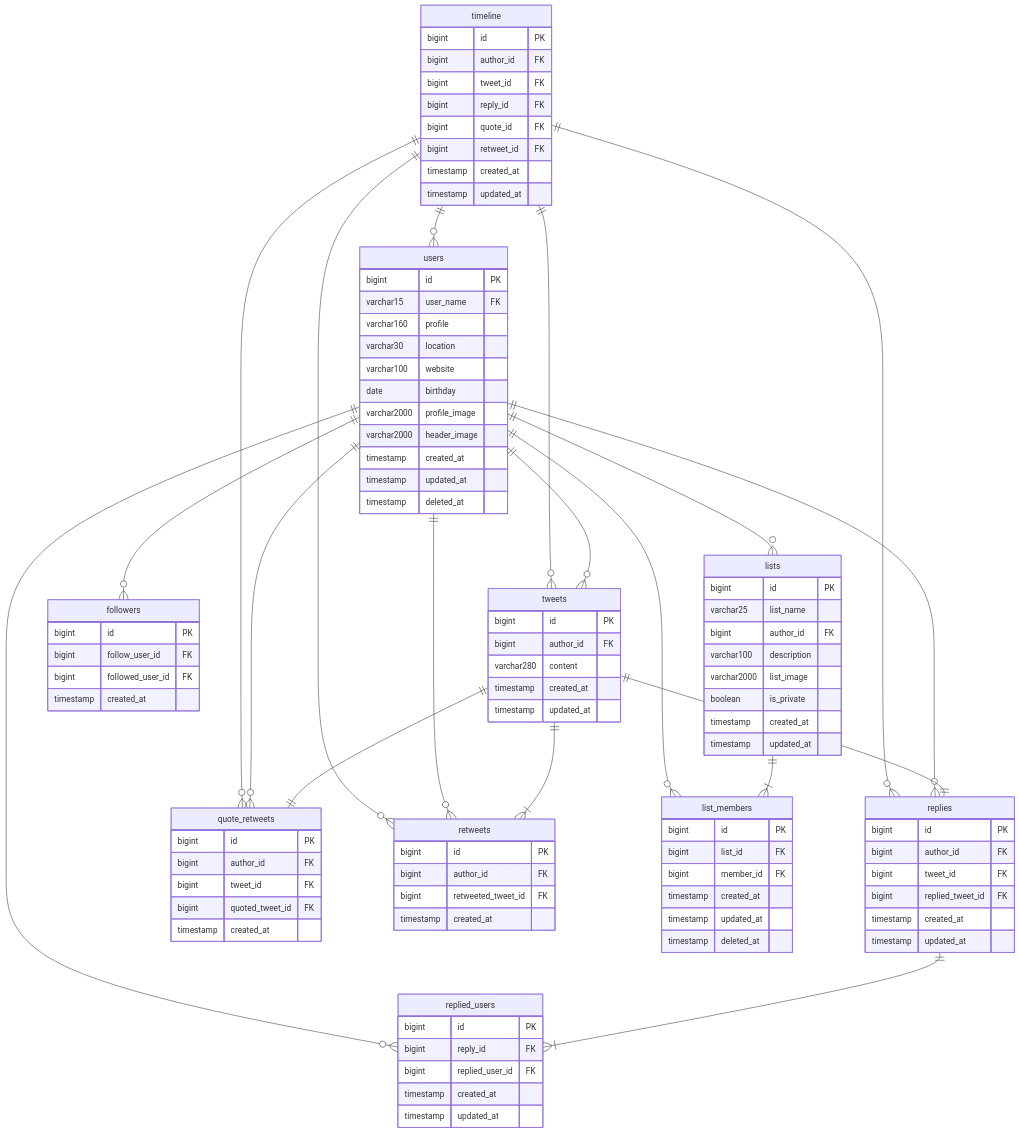
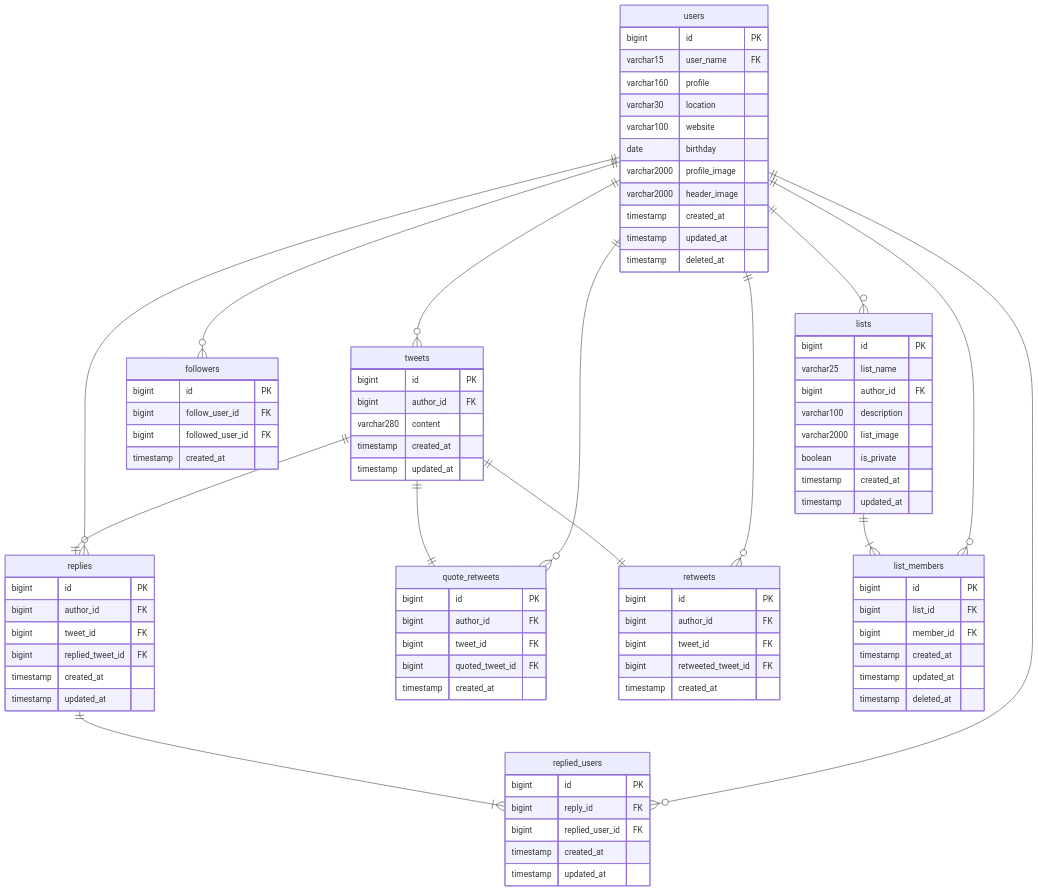
Before and after one commit to sp8783/til: the diagram in ERD/twitter_ERD.md, drawn with Mermaid. The commit also changed 1 other file, not shown here.

Commit message:
Update ERD/twitter_ERD.md and ERD/twitter_tb.md

````diff
--- a/ERD/twitter_ERD.md
+++ b/ERD/twitter_ERD.md
@@ -1,10 +1,5 @@
 ```mermaid
 erDiagram
-	timeline ||--o{ users : ""
-	timeline ||--o{ tweets : ""
-	timeline ||--o{ replies : ""
-	timeline ||--o{ quote_retweets : ""
-	timeline ||--o{ retweets : ""
 	users ||--o{ tweets : ""
 	users ||--o{ replies : ""
 	users ||--o{ quote_retweets : ""
@@ -15,20 +10,10 @@
 	users ||--o{ list_members : ""
 	tweets ||--|| replies : ""
 	tweets ||--|| quote_retweets : ""
-	tweets ||--|{ retweets : ""
+	tweets ||--|| retweets : ""
 	replies ||--|{ replied_users : ""
 	lists ||--|{ list_members : ""
 
-	timeline {
-	  bigint id PK
-	  bigint author_id FK
-	  bigint tweet_id FK
-	  bigint reply_id FK
-	  bigint quote_id FK
-	  bigint retweet_id FK
-	  timestamp created_at
-	  timestamp updated_at
-	}
 	users {
 	  bigint id PK
 	  varchar15 user_name FK
@@ -74,6 +59,7 @@
 	retweets {
 	  bigint id PK
 	  bigint author_id FK
+	  bigint tweet_id FK
 	  bigint retweeted_tweet_id FK
 	  timestamp created_at
 	}
````
